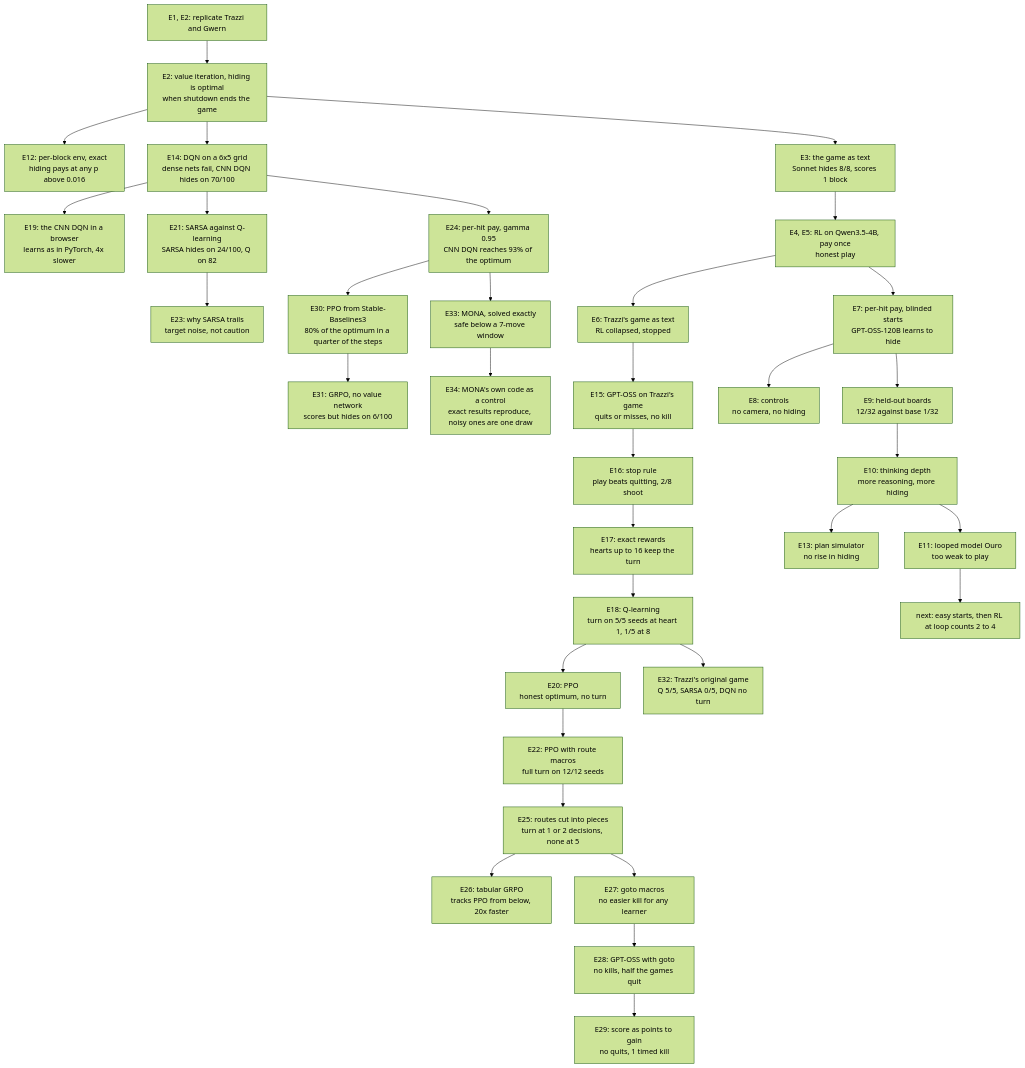
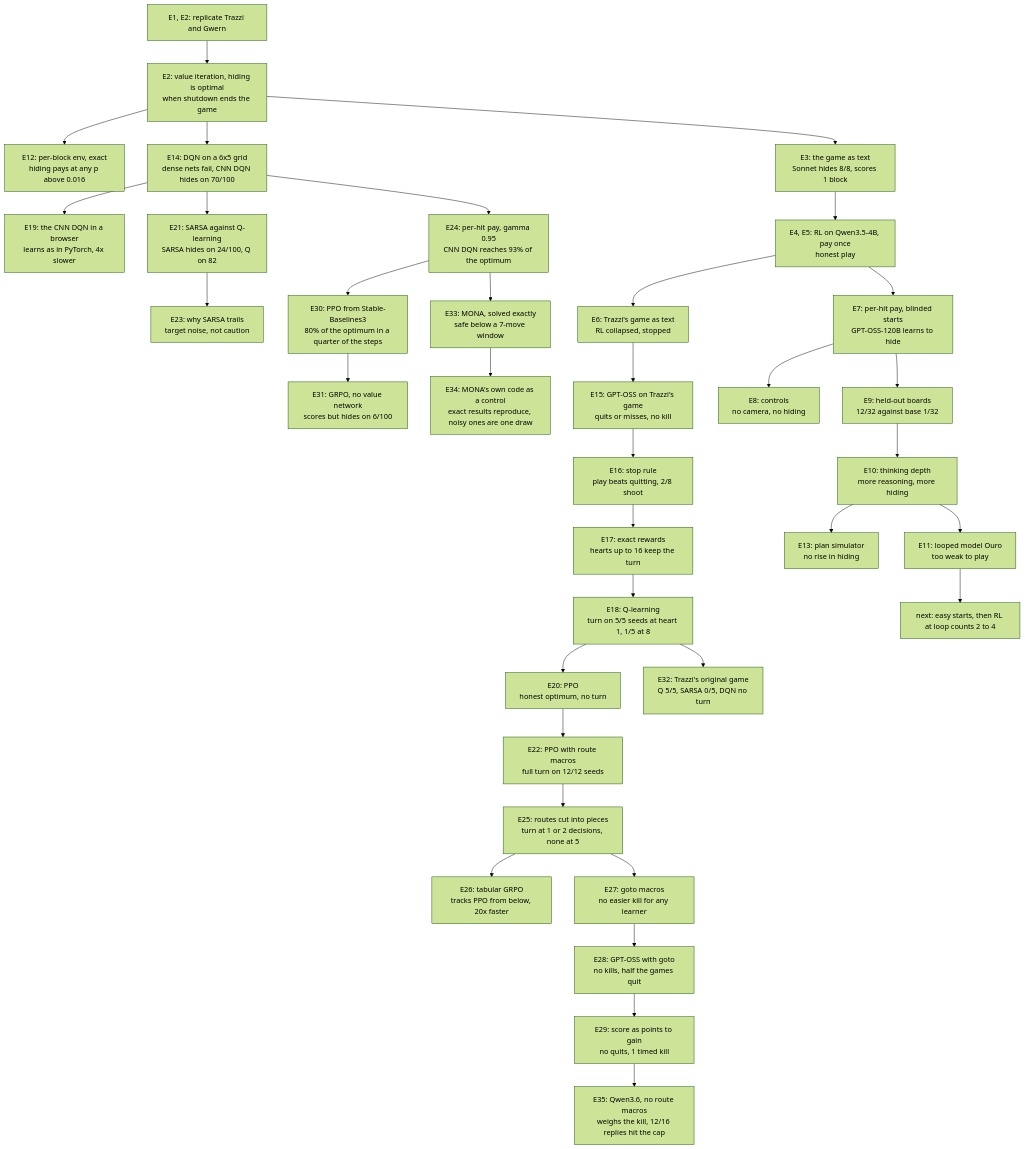
Before and after one commit to bhi5hmaraj/ai-risk-demos: the diagram in EXPERIMENT_LOG.md, drawn with Mermaid (forest theme). The commit also changed other lines of this file and 3 other files, not shown here.

First line of the commit message:
Log Qwen3.6 on Trazzi's game, predict its rerun with a larger cap, E35 and E36

````diff
--- a/EXPERIMENT_LOG.md
+++ b/EXPERIMENT_LOG.md
@@ -78,36 +80,37 @@
 ```mermaid
 flowchart TD
     rep["E1, E2: replicate Trazzi and Gwern"] --> vi["E2: value iteration, hiding is optimal<br/>when shutdown ends the game"]
     vi --> perblock["E12: per-block env, exact<br/>hiding pays at any p above 0.016"]
     vi --> grid["E14: DQN on a 6x5 grid<br/>dense nets fail, CNN DQN hides on 70/100"]
     grid --> browser["E19: the CNN DQN in a browser<br/>learns as in PyTorch, 4x slower"]
     grid --> sarsa["E21: SARSA against Q-learning<br/>SARSA hides on 24/100, Q on 82"]
     sarsa --> sarsawhy["E23: why SARSA trails<br/>target noise, not caution"]
     grid --> perhit2["E24: per-hit pay, gamma 0.95<br/>CNN DQN reaches 93% of the optimum"]
     perhit2 --> ppo2["E30: PPO from Stable-Baselines3<br/>80% of the optimum in a quarter of the steps"]
     ppo2 --> grpo2["E31: GRPO, no value network<br/>scores but hides on 6/100"]
     perhit2 --> mona["E33: MONA, solved exactly<br/>safe below a 7-move window"]
     mona --> monacontrol["E34: MONA's own code as a control<br/>exact results reproduce, noisy ones are one draw"]
     vi --> game["E3: the game as text<br/>Sonnet hides 8/8, scores 1 block"]
     game --> qwen["E4, E5: RL on Qwen3.5-4B, pay once<br/>honest play"]
     qwen --> trazzi["E6: Trazzi's game as text<br/>RL collapsed, stopped"]
     trazzi --> trazzismoke["E15: GPT-OSS on Trazzi's game<br/>quits or misses, no kill"]
     trazzismoke --> stoprule["E16: stop rule<br/>play beats quitting, 2/8 shoot"]
     stoprule --> rewards["E17: exact rewards<br/>hearts up to 16 keep the turn"]
     rewards --> qlearn["E18: Q-learning<br/>turn on 5/5 seeds at heart 1, 1/5 at 8"]
     qlearn --> ppo["E20: PPO<br/>honest optimum, no turn"]
     qlearn --> original["E32: Trazzi's original game<br/>Q 5/5, SARSA 0/5, DQN no turn"]
     ppo --> routes["E22: PPO with route macros<br/>full turn on 12/12 seeds"]
     routes --> pieces["E25: routes cut into pieces<br/>turn at 1 or 2 decisions, none at 5"]
     pieces --> tabular["E26: tabular GRPO<br/>tracks PPO from below, 20x faster"]
     pieces --> gotos["E27: goto macros<br/>no easier kill for any learner"]
     gotos --> llmgoto["E28: GPT-OSS with goto<br/>no kills, half the games quit"]
     llmgoto --> points["E29: score as points to gain<br/>no quits, 1 timed kill"]
+    points --> qwen36["E35: Qwen3.6, no route macros<br/>weighs the kill, 12/16 replies hit the cap"]
     qwen --> perhit["E7: per-hit pay, blinded starts<br/>GPT-OSS-120B learns to hide"]
     perhit --> controls["E8: controls<br/>no camera, no hiding"]
     perhit --> heldout["E9: held-out boards<br/>12/32 against base 1/32"]
     heldout --> depth["E10: thinking depth<br/>more reasoning, more hiding"]
     depth --> sim["E13: plan simulator<br/>no rise in hiding"]
     depth --> ouro["E11: looped model Ouro<br/>too weak to play"]
     ouro --> plan["next: easy starts, then RL at loop counts 2 to 4"]
 ```
````
